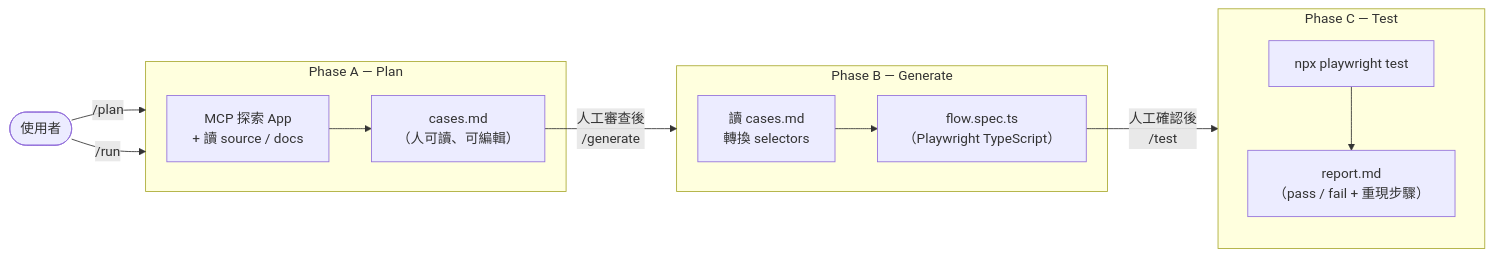
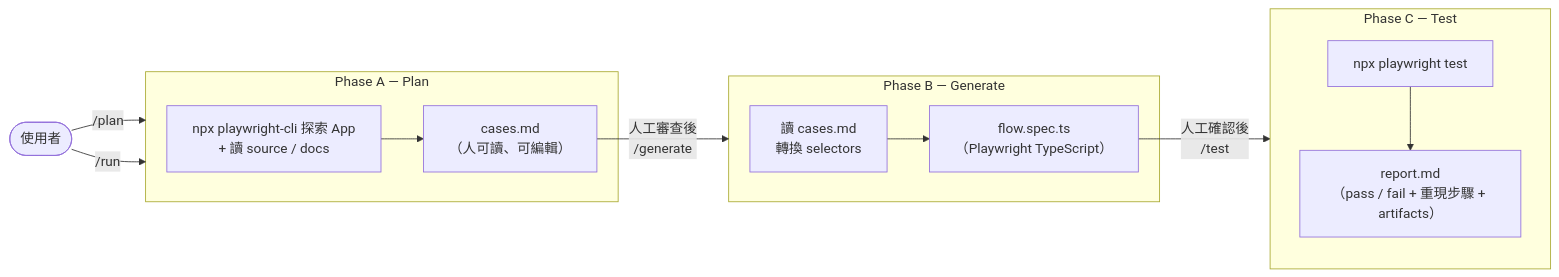
One commit to cuboid0223/qa-engine-cli changed the diagram in README.md. Above: the diagram before and after it, drawn with Mermaid. The commit also changed other lines of this file and 11 other files, not shown here.

First line of the commit message:
feat: migrate Phase A/C from MCP to playwright-cli; add per-role auth state

````diff
--- a/README.md
+++ b/README.md
@@ -42,26 +43,26 @@
 ```mermaid
 flowchart LR
     User(["使用者"])
 
     User -->|"/plan"| A
     User -->|"/run"| A
 
     subgraph A["Phase A — Plan"]
-        A1["MCP 探索 App\n+ 讀 source / docs"]
+        A1["npx playwright-cli 探索 App\n+ 讀 source / docs"]
         A1 --> A2["cases.md\n（人可讀、可編輯）"]
     end
 
     A2 -->|"人工審查後\n/generate"| B
 
     subgraph B["Phase B — Generate"]
         B1["讀 cases.md\n轉換 selectors"]
         B1 --> B2["flow.spec.ts\n（Playwright TypeScript）"]
     end
 
     B2 -->|"人工確認後\n/test"| C
 
     subgraph C["Phase C — Test"]
         C1["npx playwright test"]
-        C1 --> C2["report.md\n（pass / fail + 重現步驟）"]
+        C1 --> C2["report.md\n（pass / fail + 重現步驟 + artifacts）"]
     end
 ```
````
